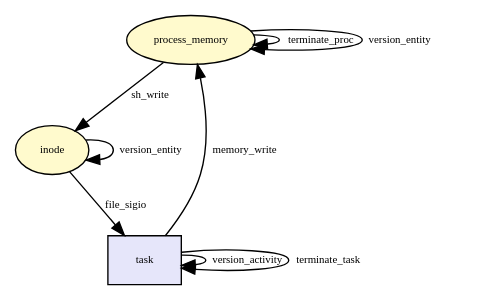
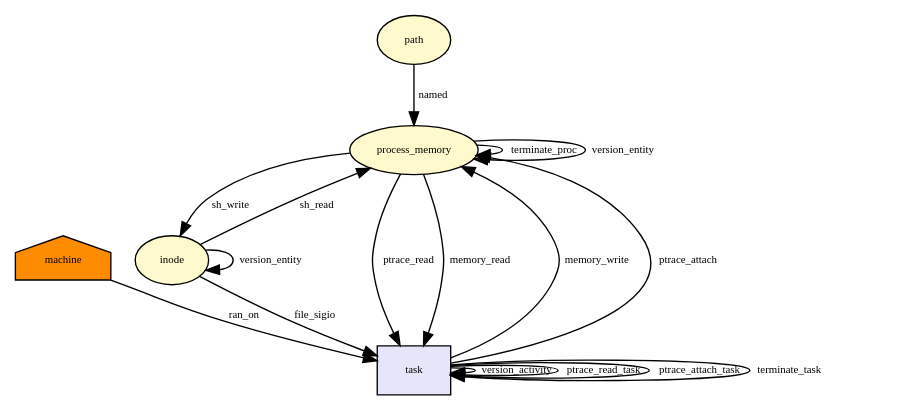
Before and after one commit to CamFlow/camflow-dev: the diagram in docs/dot/__x64_sys_get_robust_list.dot, drawn with Graphviz. The commit also changed 29 other files, not shown here.

```diff
--- a/docs/dot/__x64_sys_get_robust_list.dot
+++ b/docs/dot/__x64_sys_get_robust_list.dot
@@ -1,23 +1,43 @@
 digraph RGL__DirectedAdjacencyGraph {process_memory[fontsize = 8,label = process_memory,shape = ellipse, fillcolor="#fffacd", style = filled]
 
 process_memory -> process_memory[fontsize = 8,label = terminate_proc]
 
 inode[fontsize = 8,label = inode,shape = ellipse, fillcolor="#fffacd", style = filled]
 
 task[fontsize = 8,label = task,shape = rectangle, fillcolor="#e6e6fa", style = filled]
 
 inode -> task[fontsize = 8,label = file_sigio]
 
 task -> process_memory[fontsize = 8,label = memory_write]
 
 task -> task[fontsize = 8,label = version_activity]
 
 process_memory -> process_memory[fontsize = 8,label = version_entity]
 
 process_memory -> inode[fontsize = 8,label = sh_write]
 
 inode -> inode[fontsize = 8,label = version_entity]
 
+path[fontsize = 8,label = path,shape = ellipse, fillcolor="#fffacd", style = filled]
+
+path -> process_memory[fontsize = 8,label = named]
+
+machine[fontsize = 8,label = machine,shape = house, fillcolor="#ff8c00", style = filled]
+
+machine -> task[fontsize = 8,label = ran_on]
+
+task -> task[fontsize = 8,label = ptrace_read_task]
+
+process_memory -> task[fontsize = 8,label = ptrace_read]
+
+process_memory -> task[fontsize = 8,label = memory_read]
+
+task -> process_memory[fontsize = 8,label = ptrace_attach]
+
+inode -> process_memory[fontsize = 8,label = sh_read]
+
+task -> task[fontsize = 8,label = ptrace_attach_task]
+
 task -> task[fontsize = 8,label = terminate_task]
 
 }
```
